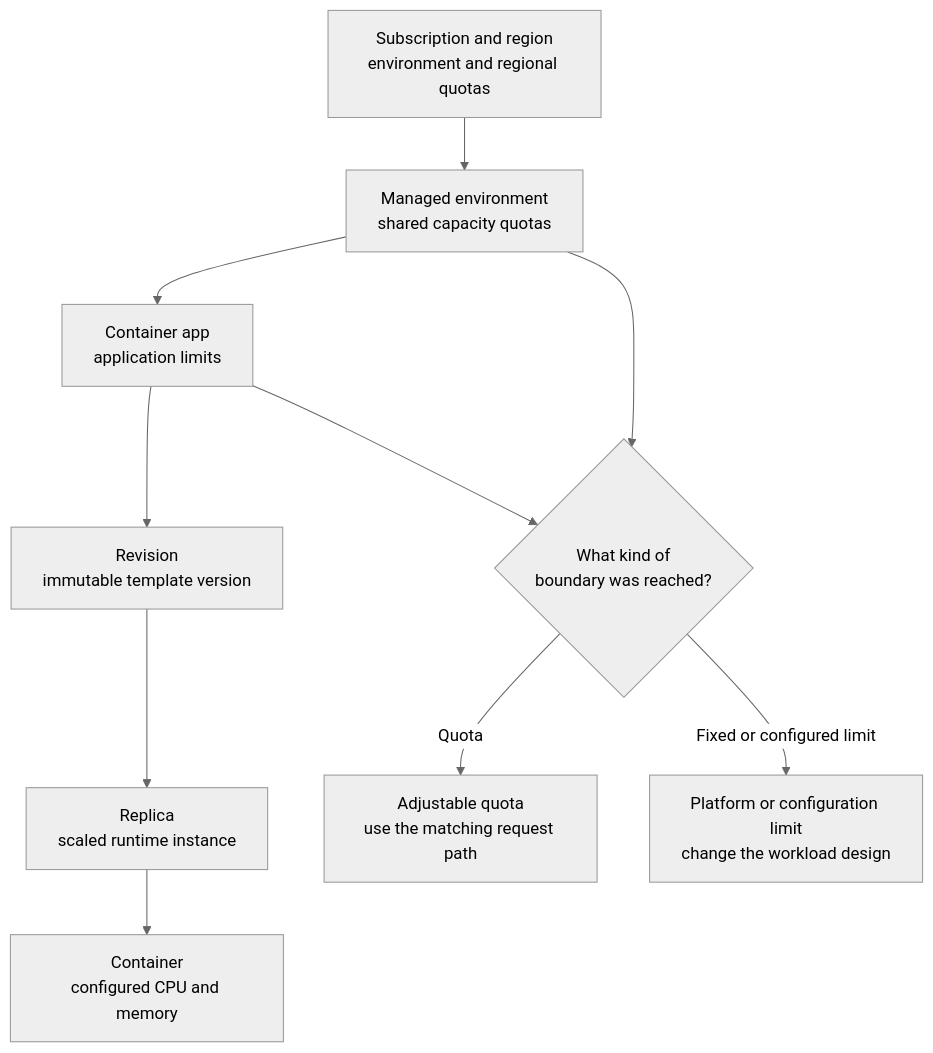
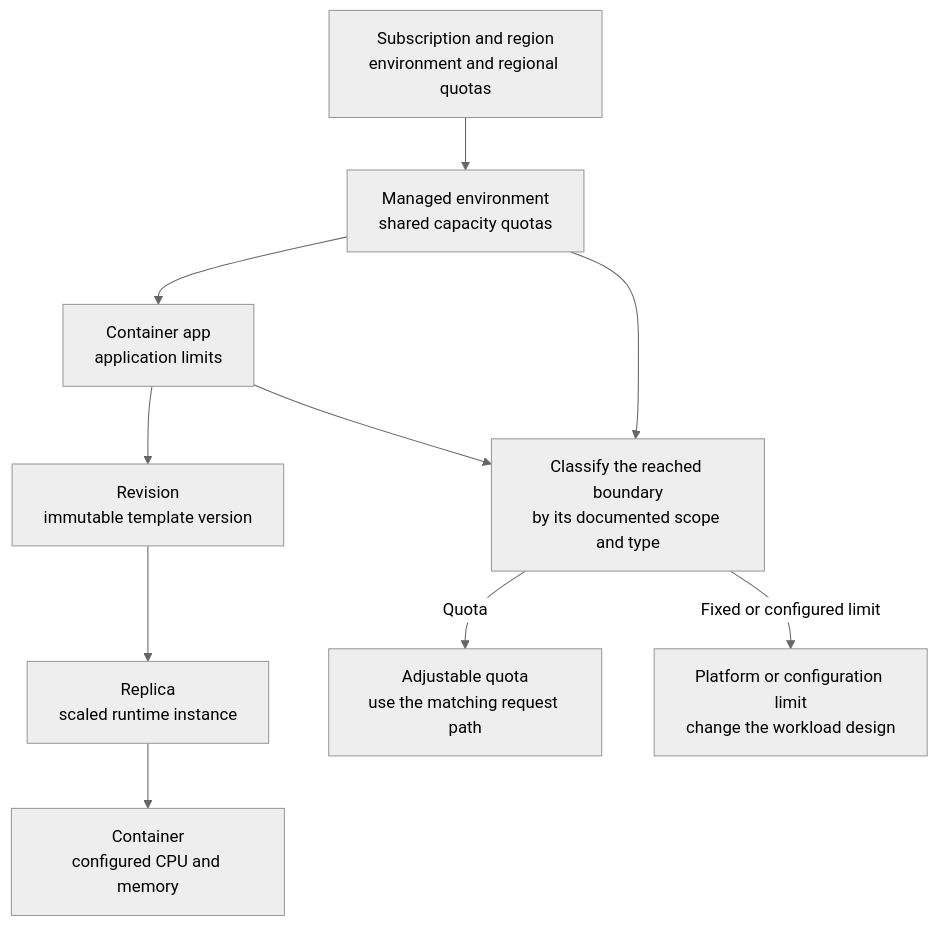
The diagram in docs/reference/platform-limits.md (yeongseon/azure-container-apps-practical-guide), drawn with Mermaid (neutral theme) before and after one commit. The commit also changed other lines of this file and 7 other files, not shown here.

````diff
--- a/docs/reference/platform-limits.md
+++ b/docs/reference/platform-limits.md
@@ -24,25 +26,25 @@
 ```mermaid
 flowchart TD
     accTitle: Container Apps quota scopes and runtime limit hierarchy
     accDescr: Subscription-region quotas constrain environment creation, managed-environment quotas constrain shared capacity, and app or runtime limits constrain an app, revision, replica, or container. Identify the affected scope before requesting quota or changing workload design.
 
     SUBSCRIPTION[Subscription and region<br/>environment and regional quotas]
     ENVIRONMENT[Managed environment<br/>shared capacity quotas]
     APP[Container app<br/>application limits]
     REVISION[Revision<br/>immutable template version]
     REPLICA[Replica<br/>scaled runtime instance]
     CONTAINER[Container<br/>configured CPU and memory]
-    REQUEST{What kind of<br/>boundary was reached?}
+    REQUEST[Classify the reached boundary<br/>by its documented scope and type]
     QUOTA[Adjustable quota<br/>use the matching request path]
     LIMIT[Platform or configuration limit<br/>change the workload design]
 
     SUBSCRIPTION --> ENVIRONMENT
     ENVIRONMENT --> APP
     APP --> REVISION
     REVISION --> REPLICA
     REPLICA --> CONTAINER
     ENVIRONMENT --> REQUEST
     APP --> REQUEST
     REQUEST -->|Quota| QUOTA
     REQUEST -->|Fixed or configured limit| LIMIT
 ```
````
